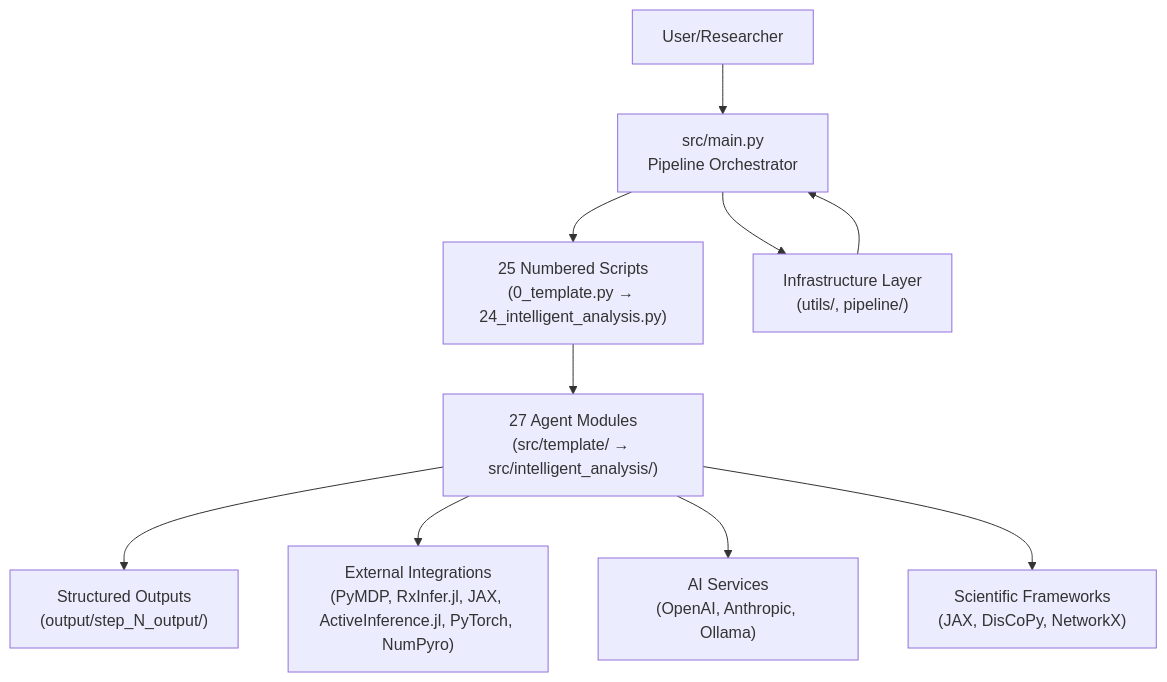
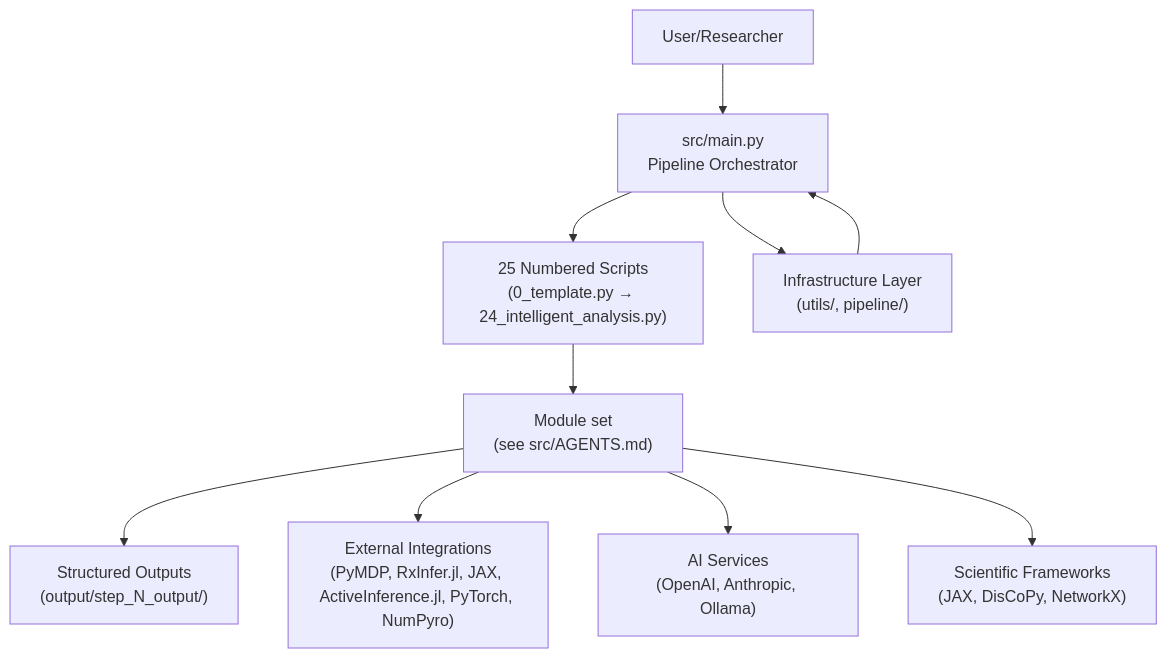
Before and after one commit to ActiveInferenceInstitute/GeneralizedNotationNotation: the first of 7 diagrams in ARCHITECTURE.md, drawn with Mermaid. The commit also changed other lines of this file and 1845 other files, not shown here.

````diff
--- a/ARCHITECTURE.md
+++ b/ARCHITECTURE.md
@@ -42,16 +40,16 @@
 ```mermaid
 graph TB
   A["User/Researcher"] --> B["src/main.py<br/>Pipeline Orchestrator"]
   B --> C["25 Numbered Scripts<br/>(0_template.py → 24_intelligent_analysis.py)"]
-  C --> D["27 Agent Modules<br/>(src/template/ → src/intelligent_analysis/)"]
+  C --> D["Module set<br/>(see src/AGENTS.md)"]
   D --> E["Structured Outputs<br/>(output/step_N_output/)"]
 
   B --> F["Infrastructure Layer<br/>(utils/, pipeline/)"]
   F --> B
 
   D --> G["External Integrations<br/>(PyMDP, RxInfer.jl, JAX, ActiveInference.jl, PyTorch, NumPyro)"]
   D --> H["AI Services<br/>(OpenAI, Anthropic, Ollama)"]
   D --> I["Scientific Frameworks<br/>(JAX, DisCoPy, NetworkX)"]
 
   %% styling intentionally omitted (theme-controlled)
 ```
````
